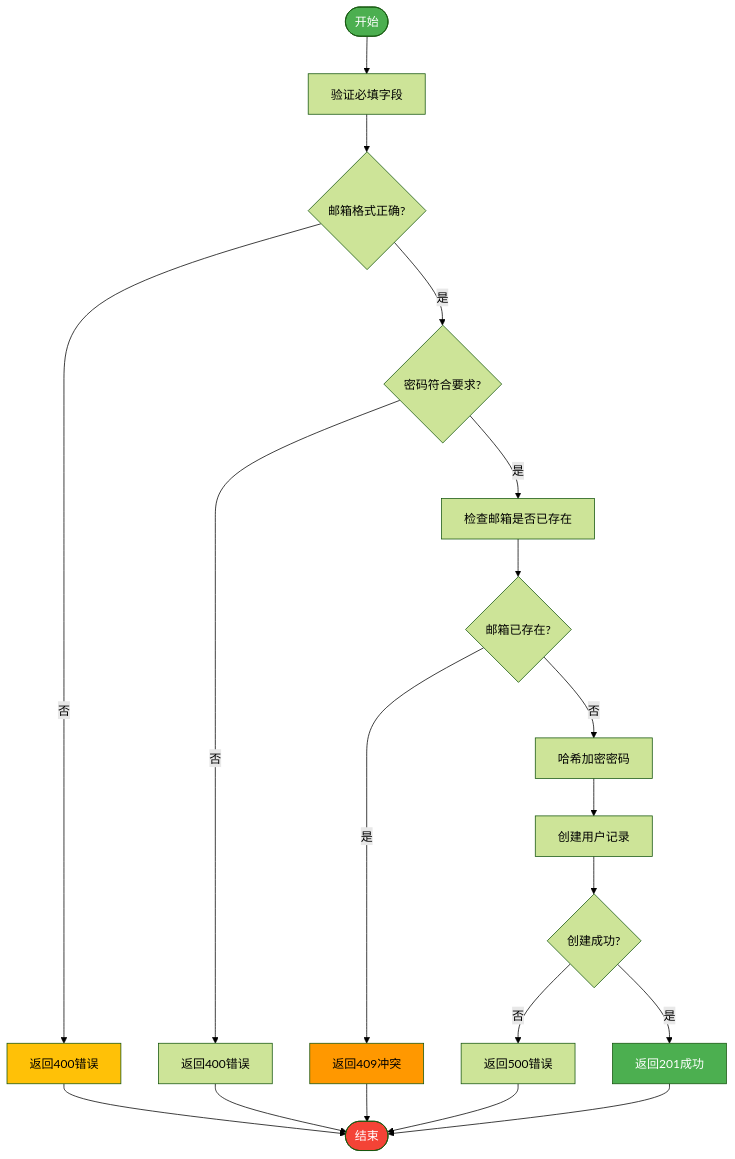
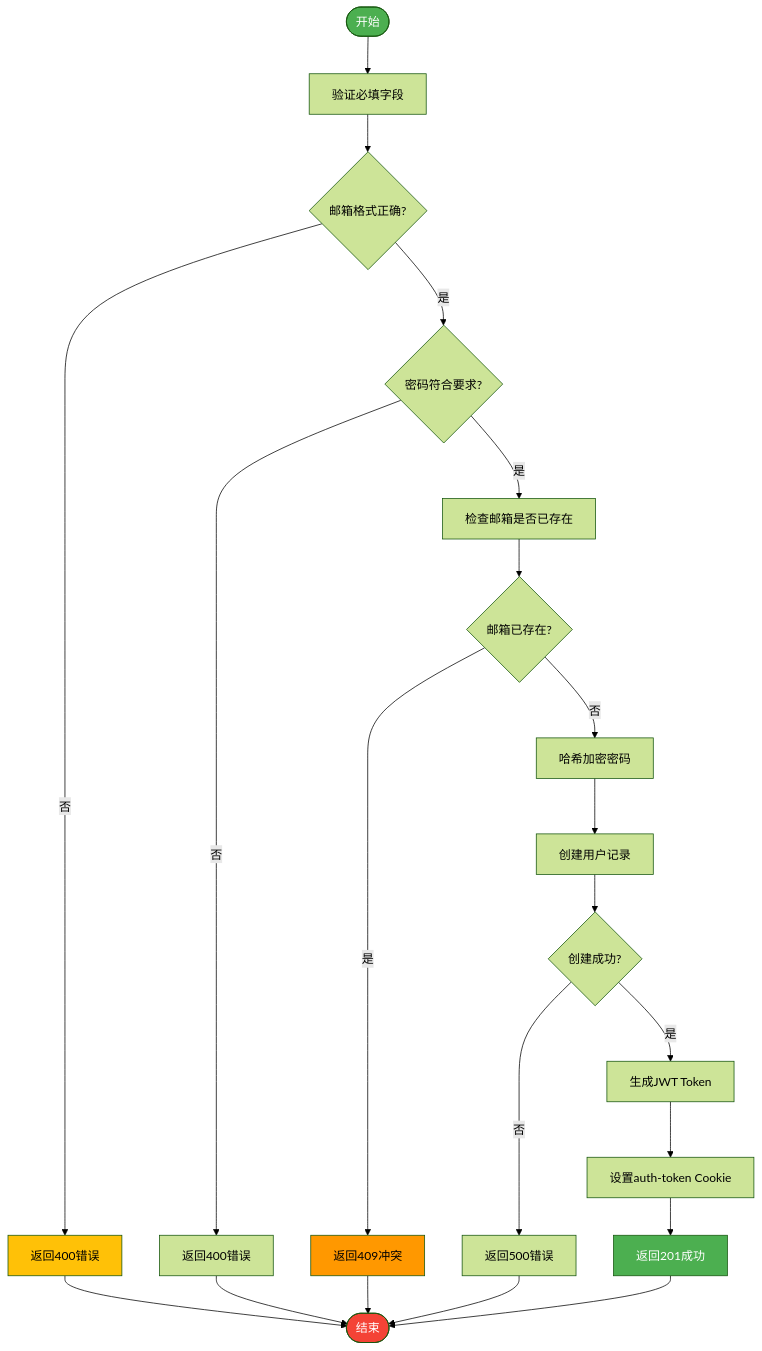
One commit to arthurlee116/english-listening-trainer changed the diagram in .qoder/repowiki/zh/content/后端API接口/认证API/注册接口.md. Above: the diagram before and after it, drawn with Mermaid (forest theme). The commit also changed other lines of this file and 58 other files, not shown here.

````diff
--- a/.qoder/repowiki/zh/content/后端API接口/认证API/注册接口.md
+++ b/.qoder/repowiki/zh/content/后端API接口/认证API/注册接口.md
@@ -71,26 +79,28 @@
 ```mermaid
 flowchart TD
 Start([开始]) --> ValidateRequired["验证必填字段"]
 ValidateRequired --> EmailFormat{"邮箱格式正确?"}
 EmailFormat --> |否| Return400["返回400错误"]
 EmailFormat --> |是| PasswordStrength{"密码符合要求?"}
 PasswordStrength --> |否| Return400Password["返回400错误"]
 PasswordStrength --> |是| CheckExistence["检查邮箱是否已存在"]
 CheckExistence --> Exists{"邮箱已存在?"}
 Exists --> |是| Return409["返回409冲突"]
 Exists --> |否| HashPassword["哈希加密密码"]
 HashPassword --> CreateUser["创建用户记录"]
 CreateUser --> Success{"创建成功?"}
 Success --> |否| Return500["返回500错误"]
-Success --> |是| Return201["返回201成功"]
+Success --> |是| GenerateToken["生成JWT Token"]
+GenerateToken --> SetCookie["设置auth-token Cookie"]
+SetCookie --> Return201["返回201成功"]
 Return400 --> End([结束])
 Return400Password --> End
 Return409 --> End
 Return500 --> End
 Return201 --> End
 style Start fill:#4CAF50,color:white
 style End fill:#F44336,color:white
 style Return400 fill:#FFC107,color:black
 style Return409 fill:#FF9800,color:black
 style Return201 fill:#4CAF50,color:white
 ```
````
